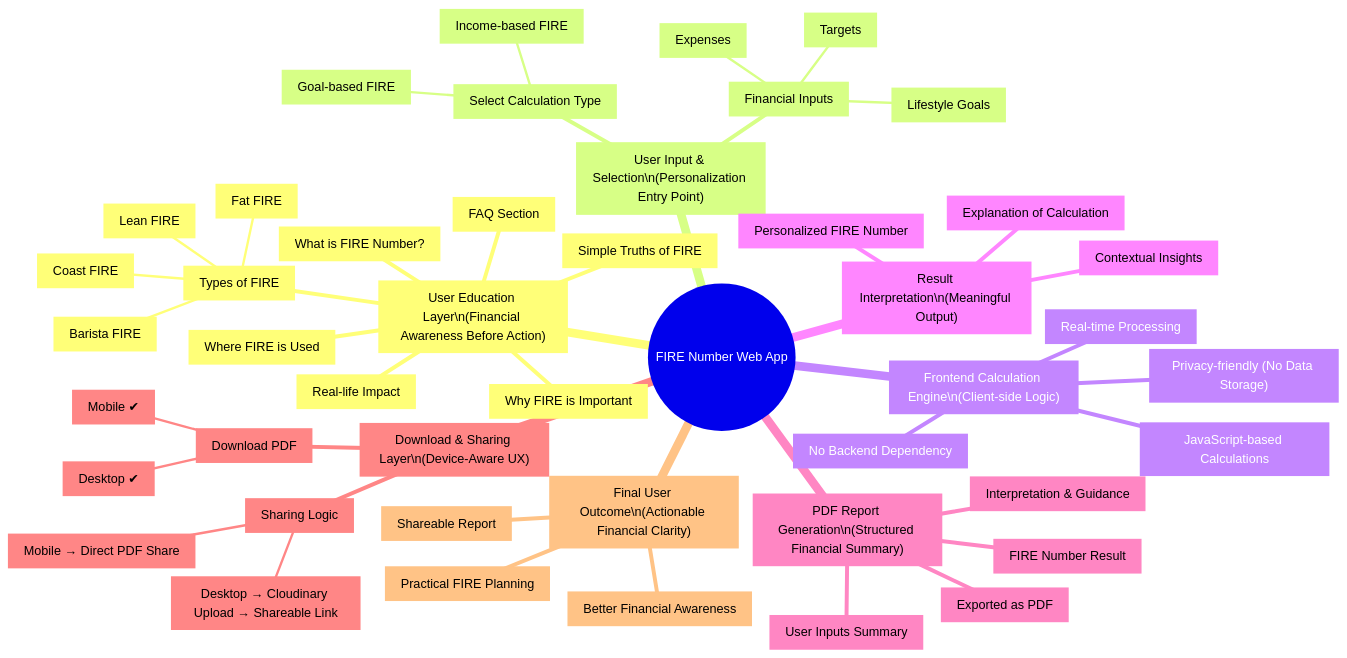
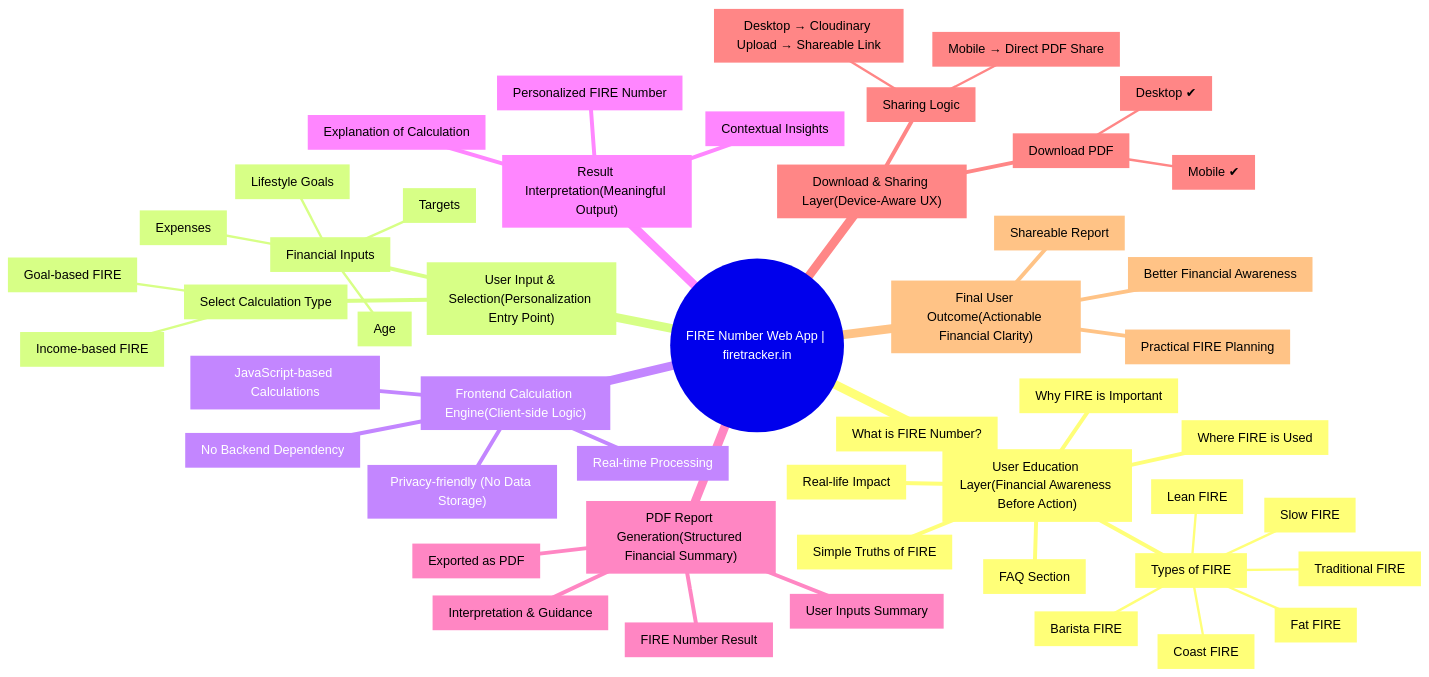
Before and after one commit to Rebaka8/retirement-calculator-app: the diagram in README.md, drawn with Mermaid. The commit also changed other lines of this file, not shown here.

Commit message:
Refine project mind map formatting in README

````diff
--- a/README.md
+++ b/README.md
@@ -35,55 +35,58 @@
 ```mermaid
 mindmap
-  root((FIRE Number Web App))
-    User_Education_Layer["User Education Layer\n(Financial Awareness Before Action)"]
+  root((FIRE Number Web App | firetracker.in))
+    User_Education_Layer["User Education Layer(Financial Awareness Before Action)"]
       What_is_FIRE["What is FIRE Number?"]
       Why_FIRE["Why FIRE is Important"]
       Where_FIRE["Where FIRE is Used"]
       Types_of_FIRE["Types of FIRE"]
         Lean_FIRE["Lean FIRE"]
         Fat_FIRE["Fat FIRE"]
         Coast_FIRE["Coast FIRE"]
         Barista_FIRE["Barista FIRE"]
+        Traditional_FIRE["Traditional FIRE"]
+        Slow_FIRE["Slow FIRE"]
       Simple_Truths["Simple Truths of FIRE"]
       Real_Life_Impact["Real-life Impact"]
       FAQ["FAQ Section"]
 
-    User_Input_Selection["User Input & Selection\n(Personalization Entry Point)"]
+    User_Input_Selection["User Input & Selection(Personalization Entry Point)"]
       Calculation_Type["Select Calculation Type"]
         Income_Based["Income-based FIRE"]
         Goal_Based["Goal-based FIRE"]
       Financial_Inputs["Financial Inputs"]
         Expenses["Expenses"]
         Lifestyle_Goals["Lifestyle Goals"]
         Targets["Targets"]
+        Age["Age"]
 
-    Frontend_Engine["Frontend Calculation Engine\n(Client-side Logic)"]
+    Frontend_Engine["Frontend Calculation Engine(Client-side Logic)"]
       JS_Calc["JavaScript-based Calculations"]
       Real_Time["Real-time Processing"]
       No_Backend["No Backend Dependency"]
       Privacy["Privacy-friendly (No Data Storage)"]
 
-    Result_Interpretation["Result Interpretation\n(Meaningful Output)"]
+    Result_Interpretation["Result Interpretation(Meaningful Output)"]
       FIRE_Number["Personalized FIRE Number"]
       Explanation["Explanation of Calculation"]
       Insights["Contextual Insights"]
 
-    PDF_Generation["PDF Report Generation\n(Structured Financial Summary)"]
+    PDF_Generation["PDF Report Generation(Structured Financial Summary)"]
       Input_Summary["User Inputs Summary"]
       Result["FIRE Number Result"]
       Guidance["Interpretation & Guidance"]
       PDF_Export["Exported as PDF"]
 
-    Download_Sharing["Download & Sharing Layer\n(Device-Aware UX)"]
+    Download_Sharing["Download & Sharing Layer(Device-Aware UX)"]
       Download["Download PDF"]
         Mobile_Download["Mobile ✔"]
         Desktop_Download["Desktop ✔"]
       Sharing_Logic["Sharing Logic"]
         Mobile_Share["Mobile → Direct PDF Share"]
         Desktop_Share["Desktop → Cloudinary Upload → Shareable Link"]
 
-    Final_Outcome["Final User Outcome\n(Actionable Financial Clarity)"]
+    Final_Outcome["Final User Outcome(Actionable Financial Clarity)"]
       Awareness["Better Financial Awareness"]
       Shareable["Shareable Report"]
       Planning["Practical FIRE Planning"]
 ```
````
